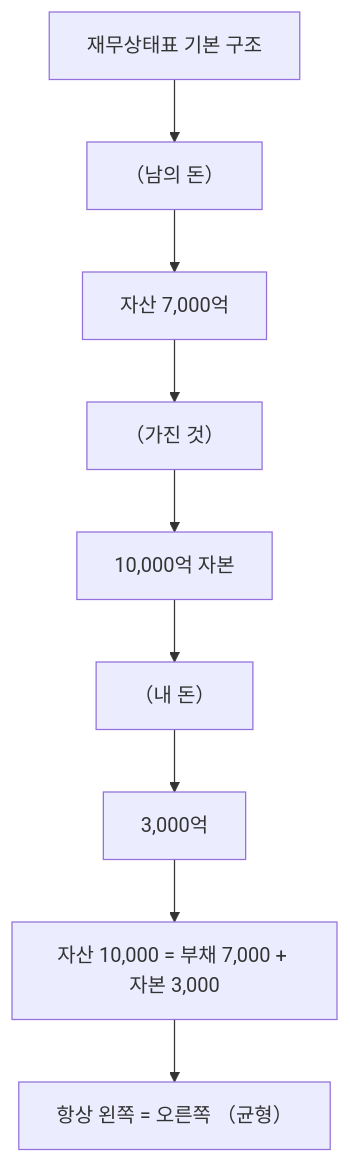
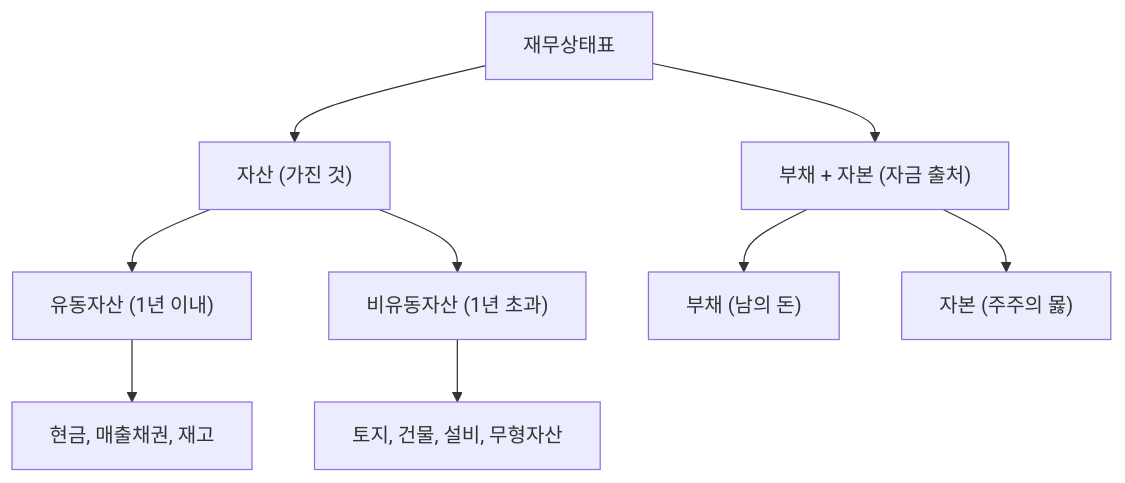
Before and after one commit to yeongseon/stock-visual-note: the diagram in content/stock-terms/ko/level-03-financial-statements/assets.md, drawn with Mermaid. The commit also changed other lines of this file and 96 other files, not shown here.

Commit message:
Rewrite all 98 remaining articles: branching Mermaid diagrams, natural search_intent, compelling seo_titles, clean descriptions

````diff
--- a/content/stock-terms/ko/level-03-financial-statements/assets.md
+++ b/content/stock-terms/ko/level-03-financial-statements/assets.md
@@ -53,20 +53,12 @@
 ```mermaid
 graph TD
-    A0["재무상태표 기본 구조"]
-    A1["（남의 돈）"]
-    A2["자산 7,000억"]
-    A3["（가진 것）"]
-    A4["10,000억 자본"]
-    A5["（내 돈）"]
-    A6["3,000억"]
-    A7["자산 10,000 = 부채 7,000 + 자본 3,000"]
-    A8["항상 왼쪽 = 오른쪽 （균형）"]
-    A0 --> A1
-    A1 --> A2
-    A2 --> A3
-    A3 --> A4
-    A4 --> A5
-    A5 --> A6
-    A6 --> A7
-    A7 --> A8
+    A["재무상태표"]
+    A --> B["자산 (가진 것)"]
+    A --> C["부채 + 자본 (자금 출처)"]
+    B --> D["유동자산 (1년 이내)"]
+    B --> E["비유동자산 (1년 초과)"]
+    D --> F["현금, 매출채권, 재고"]
+    E --> G["토지, 건물, 설비, 무형자산"]
+    C --> H["부채 (남의 돈)"]
+    C --> I["자본 (주주의 몷)"]
 ```
````
